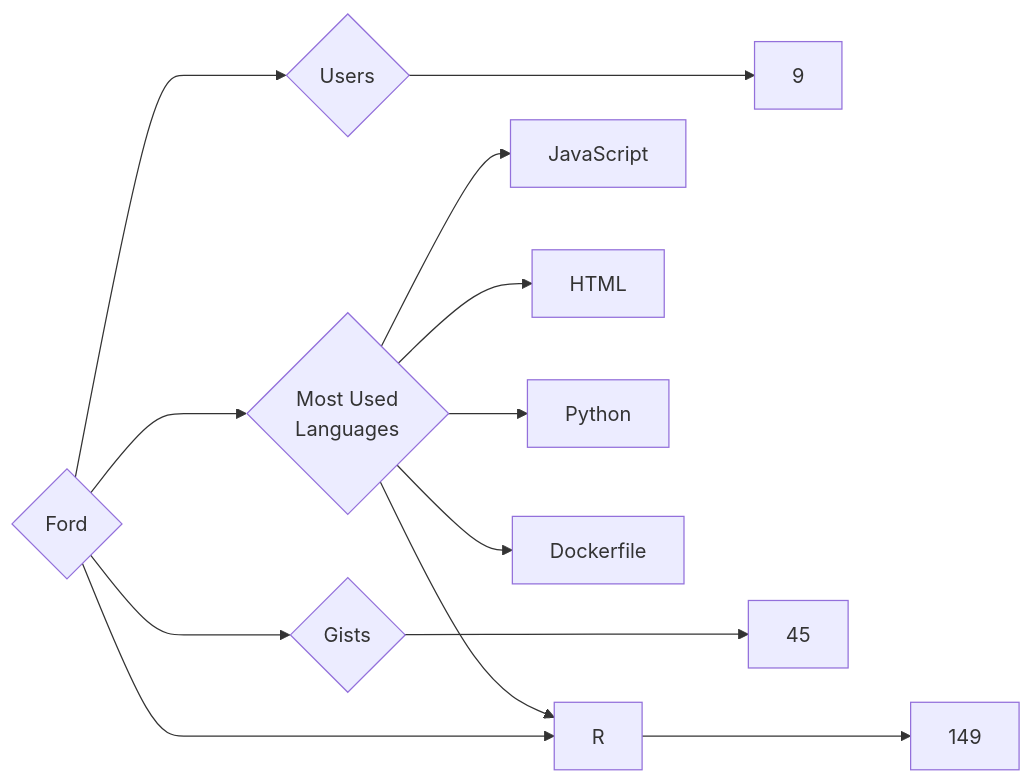
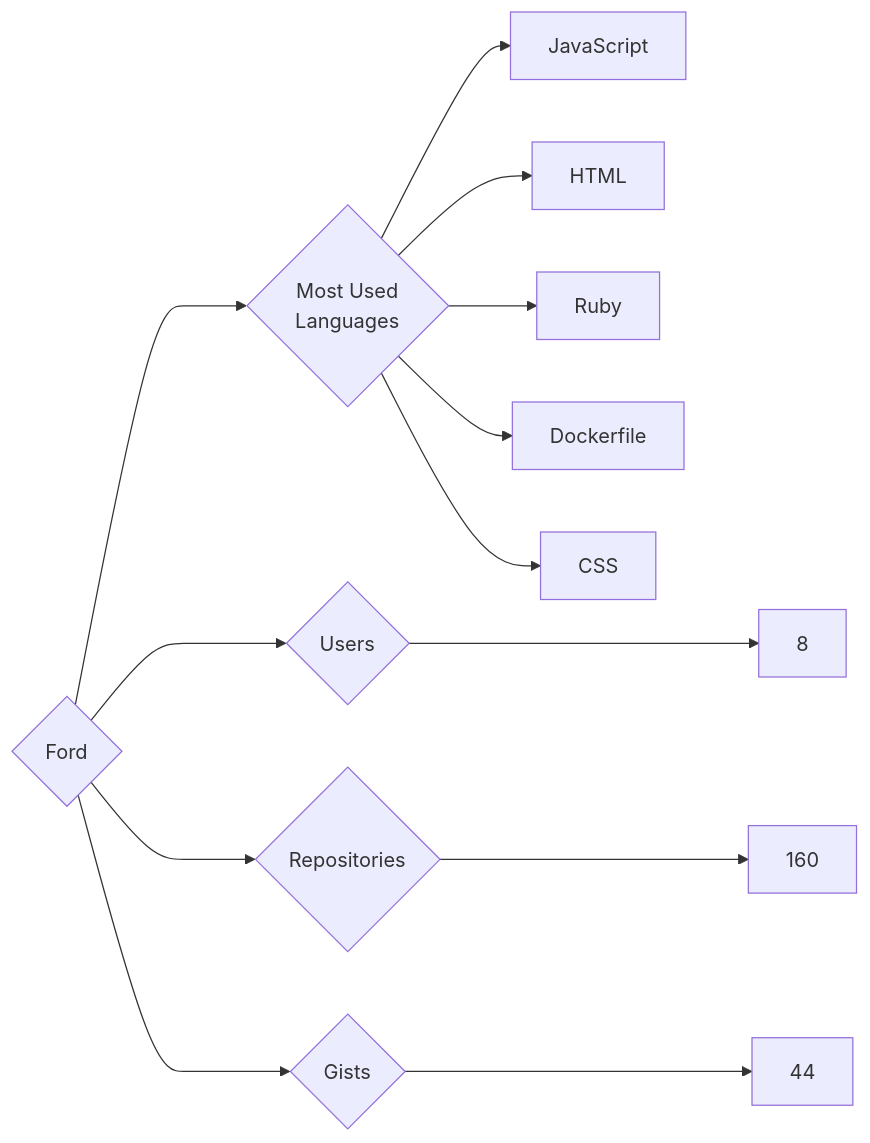
One commit to trickest/insiders changed the diagram in targets/Ford/README.md. Above: the diagram before and after it, drawn with Mermaid. The commit also changed 933 other files, not shown here.

````diff
--- a/targets/Ford/README.md
+++ b/targets/Ford/README.md
@@ -3,13 +3,13 @@
 ```mermaid
 graph LR
 COMPANY_NAME{Ford}
-COMPANY_NAME ---> U{Users} ---> UN[9]
-COMPANY_NAME ---> R{Repositories} ---> RN[149]
-COMPANY_NAME ---> G{Gists} ---> GN[45]
+COMPANY_NAME ---> U{Users} ---> UN[8]
+COMPANY_NAME ---> R{Repositories} ---> RN[160]
+COMPANY_NAME ---> G{Gists} ---> GN[44]
 COMPANY_NAME ---> ML{Most Used<br>Languages}
 ML --> JavaScript[JavaScript]
 ML --> HTML[HTML]
-ML --> R[R]
-ML --> Python[Python]
+ML --> Ruby[Ruby]
 ML --> Dockerfile[Dockerfile]
+ML --> CSS[CSS]
 ```
````
